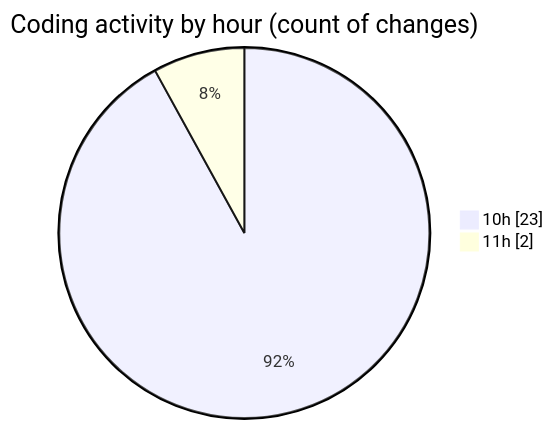
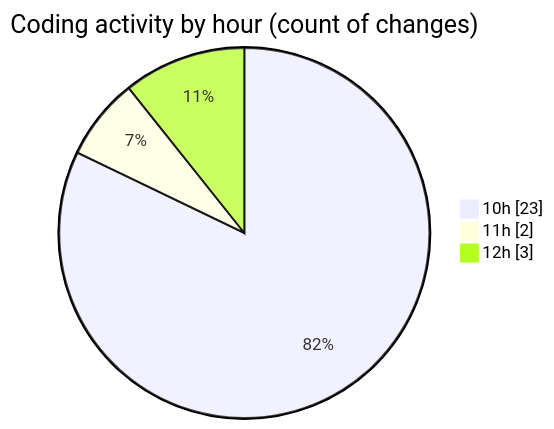
Before and after one commit to momahboobian/code-tracking: the second of 2 diagrams in 2025-10-24/cda/README.md, drawn with Mermaid. The commit also changed other lines of this file and 1 other file, not shown here.

````diff
--- a/2025-10-24/cda/README.md
+++ b/2025-10-24/cda/README.md
@@ -32,6 +32,7 @@
 ```mermaid
 pie showData
 title Coding activity by hour (count of changes)
 "10h" : 23
 "11h" : 2
+"12h" : 3
 ```
````
